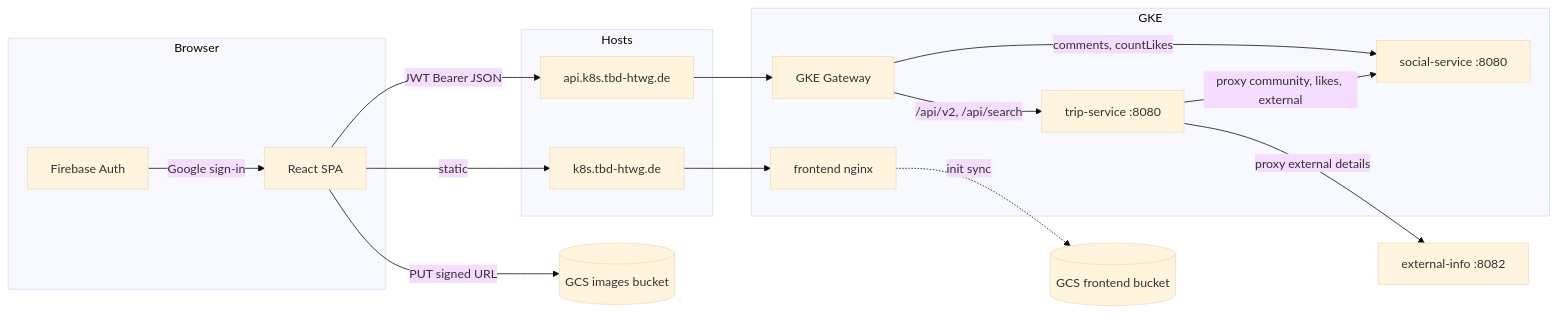
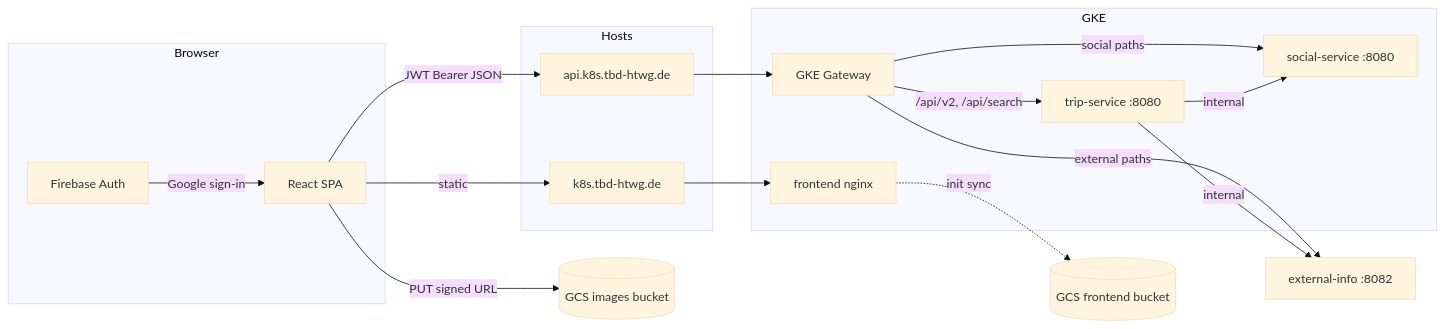
The second of 4 diagrams in ms2/docs/gettingstarted/STATE.md (tbd-htwg/infrastructure), drawn with Mermaid (base theme) before and after one commit. The commit also changed other lines of this file and 3 other files, not shown here.

````diff
--- a/ms2/docs/gettingstarted/STATE.md
+++ b/ms2/docs/gettingstarted/STATE.md
@@ -119,31 +122,32 @@
 ```mermaid
 flowchart LR
   subgraph Browser
     SPA[React SPA]
     FB[Firebase Auth]
   end
 
   subgraph Hosts
     FEHost["k8s.tbd-htwg.de"]
     APIHost["api.k8s.tbd-htwg.de"]
   end
 
   subgraph GKE
     GW[GKE Gateway]
     FE[frontend nginx]
     Trip[trip-service :8080]
     Social[social-service :8080]
   end
 
   GCS_FE[(GCS frontend bucket)]
 
   SPA -->|static| FEHost --> FE
   FE -.->|init sync| GCS_FE
   FB -->|Google sign-in| SPA
   SPA -->|JWT Bearer JSON| APIHost --> GW
-  GW -->|comments, countLikes| Social
+  GW -->|social paths| Social
+  GW -->|external paths| Ext[external-info :8082]
   GW -->|/api/v2, /api/search| Trip
-  Trip -->|proxy community, likes, external| Social
-  Trip -->|proxy external details| Ext[external-info :8082]
+  Trip -->|internal| Social
+  Trip -->|internal| Ext
   SPA -->|PUT signed URL| GCS_IMG[(GCS images bucket)]
 ```
````
